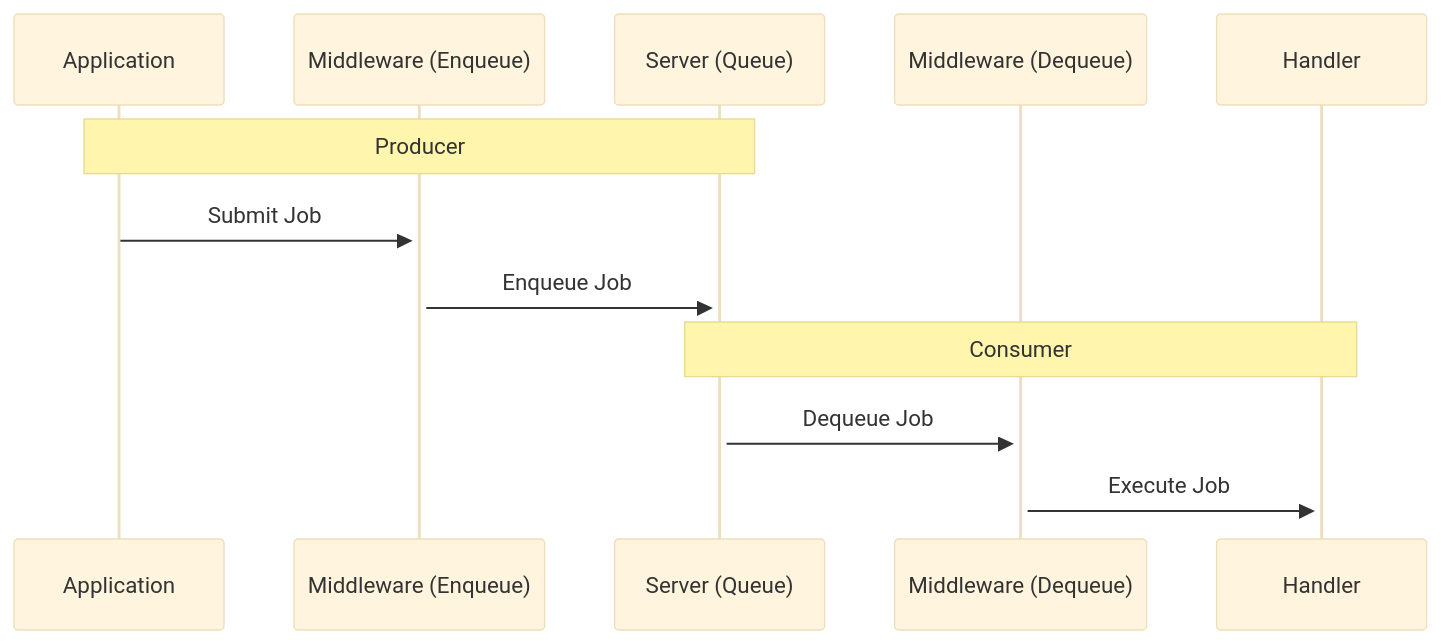
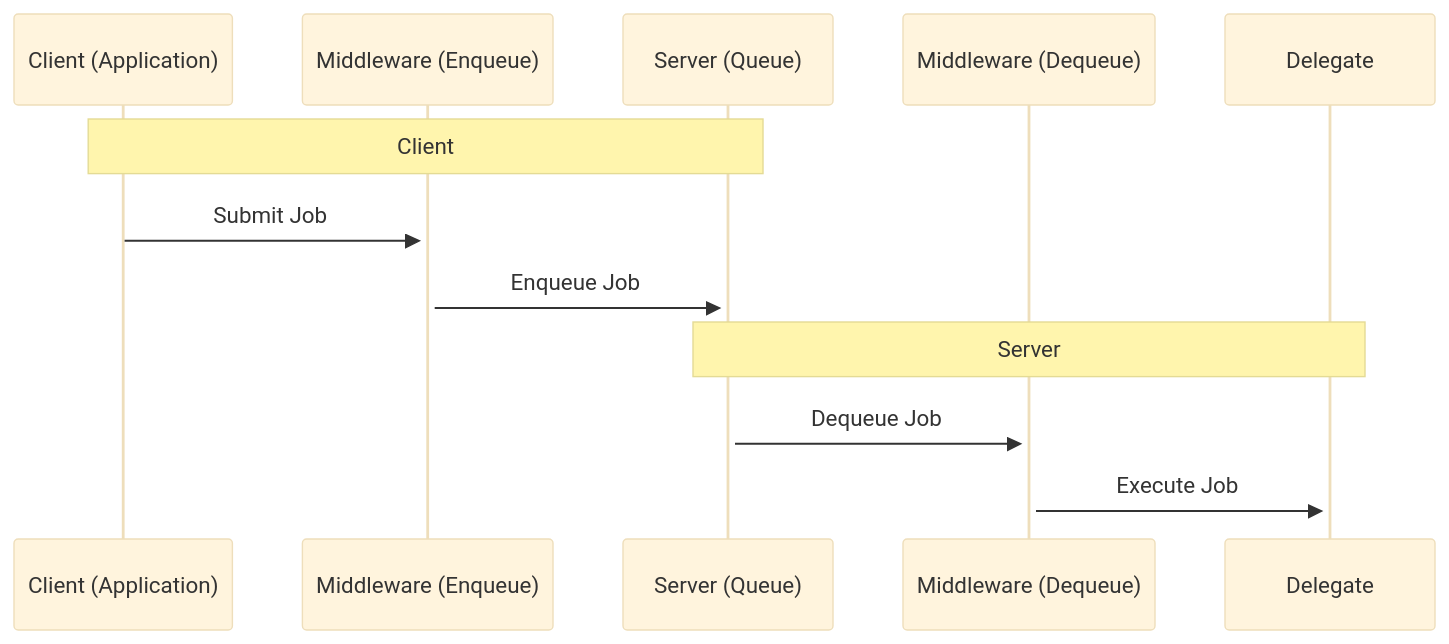
One commit to socketry/async-job changed the diagram in guides/getting-started/readme.md. Above: the diagram before and after it, drawn with Mermaid (base theme). The commit also changed other lines of this file and 2 other files, not shown here.

Commit message:
Rename pipeline producer/consumer -> client/server.

````diff
--- a/guides/getting-started/readme.md
+++ b/guides/getting-started/readme.md
@@ -27,16 +27,16 @@
 ```mermaid
 sequenceDiagram
-	participant A as Application
+	participant A as Client (Application)
 	participant ME as Middleware (Enqueue)
 	participant S as Server (Queue)
 	participant MD as Middleware (Dequeue)
-	participant H as Handler 
+	participant H as Delegate
 
-	Note over A,S: Producer
+	Note over A,S: Client
 	A->>+ME: Submit Job
 	ME->>+S: Enqueue Job
 
-	Note over S,H: Consumer
+	Note over S,H: Server
 	S->>+MD: Dequeue Job
 	MD->>+H: Execute Job
 ```
````
